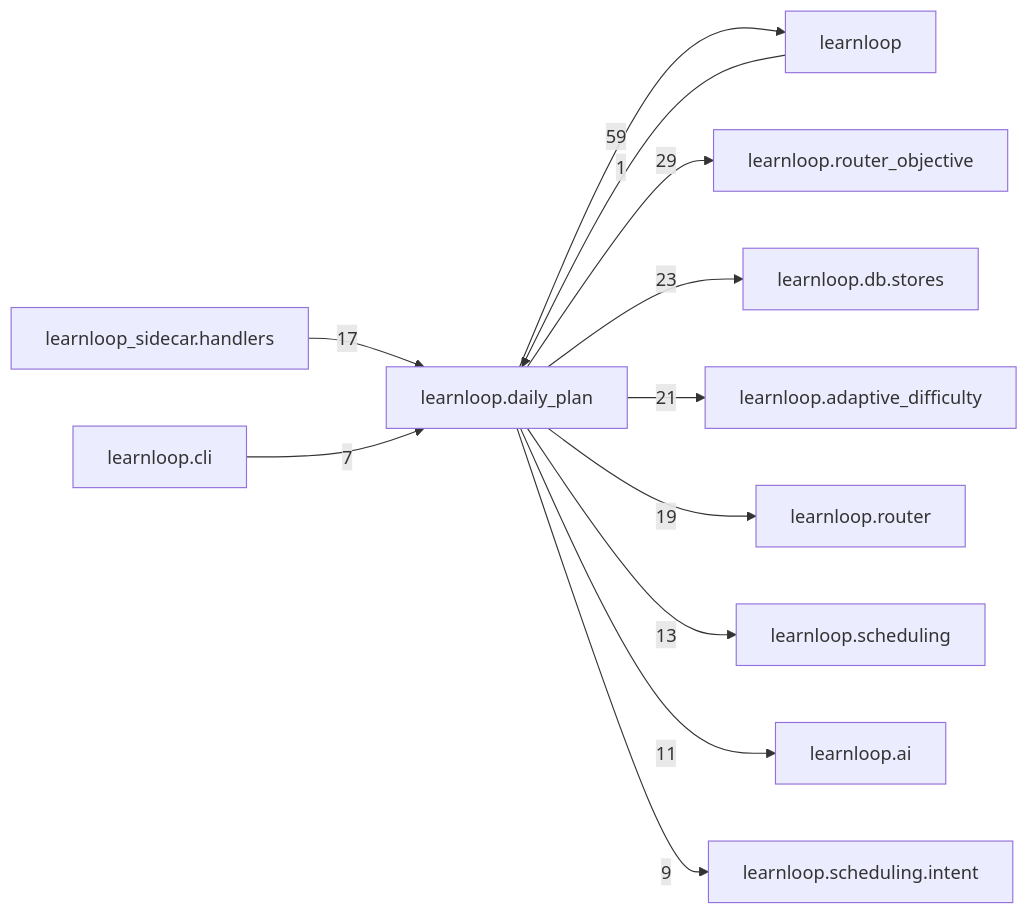
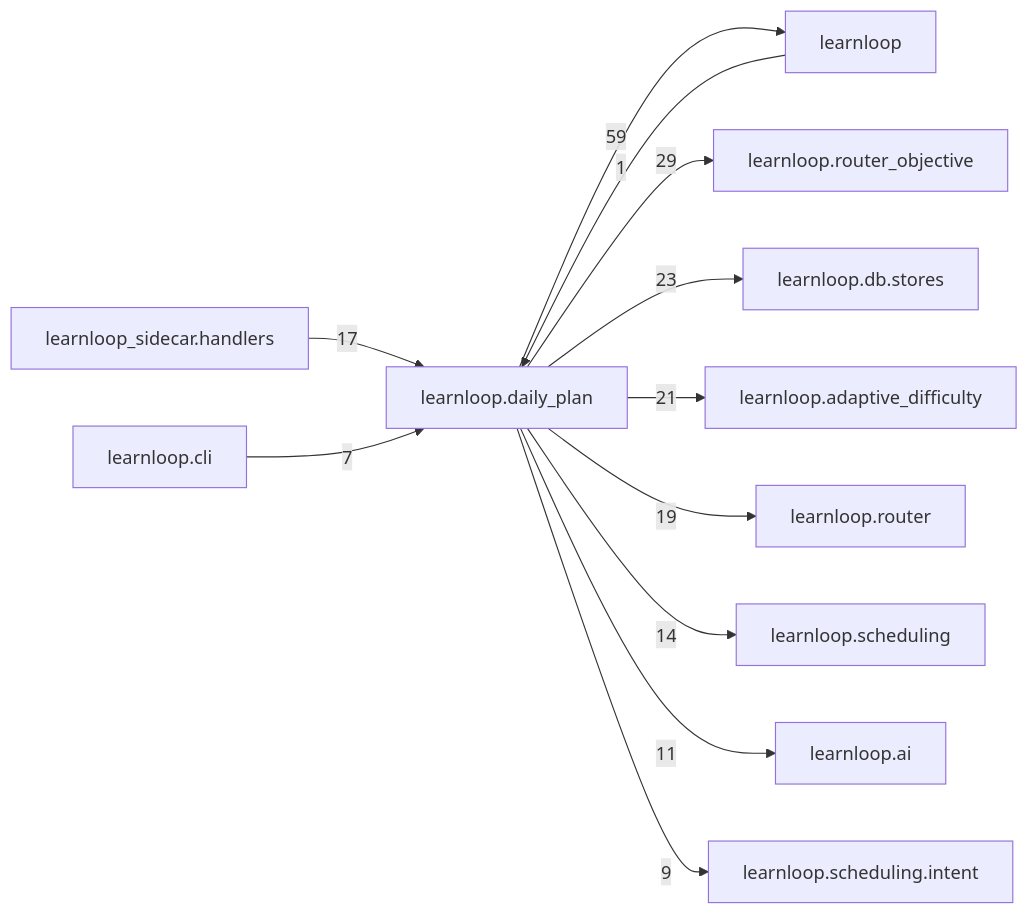
Before and after one commit to 6up-b/learnanything: the diagram in docs/learnloop-architecture-vault/Reference/Modules/learnloop/daily_plan/_package.md, drawn with Mermaid. The commit also changed other lines of this file and 23 other files, not shown here.

````diff
--- a/docs/learnloop-architecture-vault/Reference/Modules/learnloop/daily_plan/_package.md
+++ b/docs/learnloop-architecture-vault/Reference/Modules/learnloop/daily_plan/_package.md
@@ -164,25 +164,25 @@
 ```mermaid
 flowchart LR
     center["learnloop.daily_plan"]
     n_learnloop["learnloop"]
     n_learnloop_router_objective["learnloop.router_objective"]
     n_learnloop_db_stores["learnloop.db.stores"]
     n_learnloop_adaptive_difficulty["learnloop.adaptive_difficulty"]
     n_learnloop_router["learnloop.router"]
     n_learnloop_sidecar_handlers["learnloop_sidecar.handlers"]
     n_learnloop_scheduling["learnloop.scheduling"]
     n_learnloop_ai["learnloop.ai"]
     n_learnloop_scheduling_intent["learnloop.scheduling.intent"]
     n_learnloop_cli["learnloop.cli"]
     n_learnloop -->|1| center
     center -->|59| n_learnloop
     center -->|29| n_learnloop_router_objective
     center -->|23| n_learnloop_db_stores
     center -->|21| n_learnloop_adaptive_difficulty
     center -->|19| n_learnloop_router
     n_learnloop_sidecar_handlers -->|17| center
-    center -->|13| n_learnloop_scheduling
+    center -->|14| n_learnloop_scheduling
     center -->|11| n_learnloop_ai
     center -->|9| n_learnloop_scheduling_intent
     n_learnloop_cli -->|7| center
 ```
````
